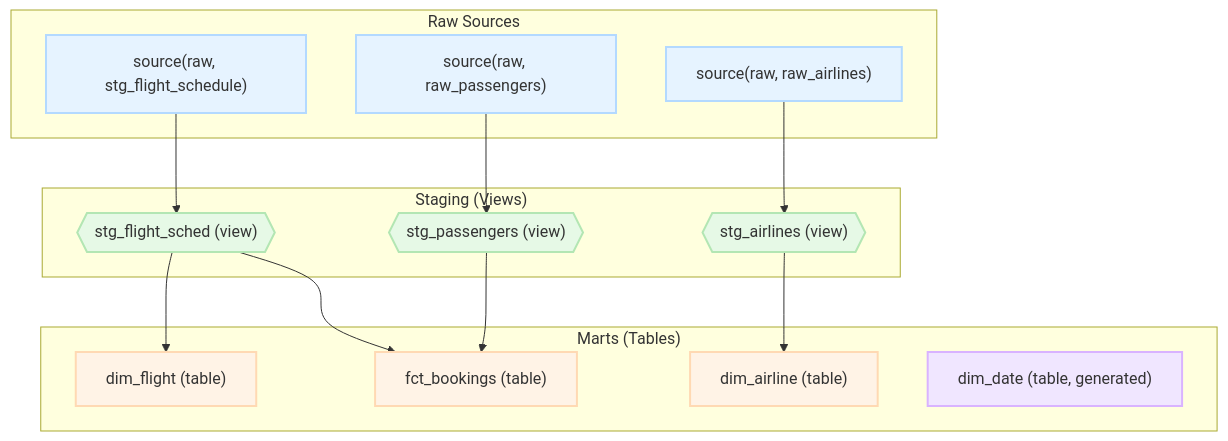
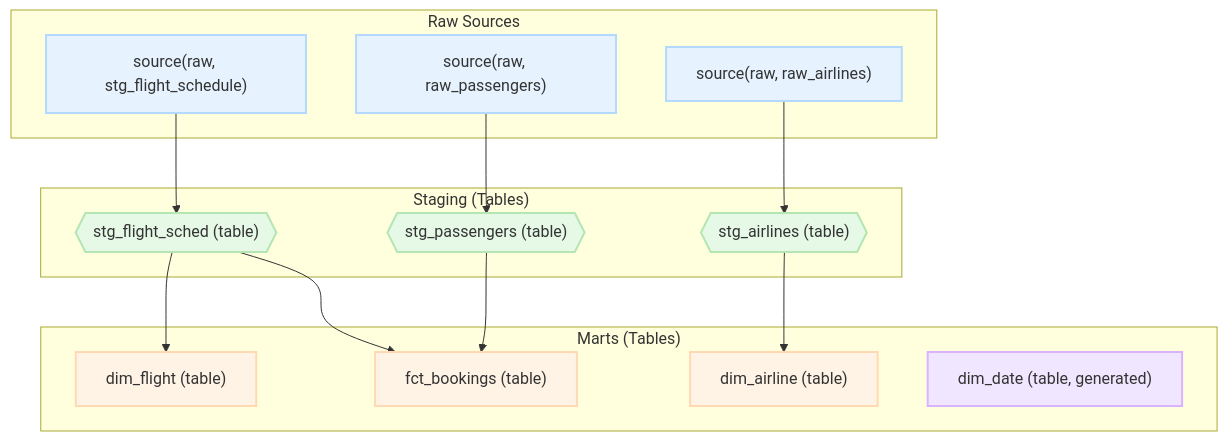
The diagram in README.md (limonias/Flights_Assignment3), drawn with Mermaid before and after one commit.

````diff
--- a/README.md
+++ b/README.md
@@ -46,47 +46,47 @@
 ```mermaid
 graph TD
     %% --- Node Styling ---
     classDef source fill:#E6F3FF,stroke:#B3D9FF,stroke-width:2px,color:#333
     classDef view fill:#E6F9E6,stroke:#B3E6B3,stroke-width:2px,color:#333
     classDef table fill:#FFF3E6,stroke:#FFD9B3,stroke-width:2px,color:#333
     classDef seed fill:#F0E6FF,stroke:#D9B3FF,stroke-width:2px,color:#333
 
     %% --- Layer 0: Sources ---
     subgraph "Raw Sources"
         src_flights["source(raw, stg_flight_schedule)"]
         src_passengers["source(raw, raw_passengers)"]
         src_airlines["source(raw, raw_airlines)"]
     end
 
-    %% --- Layer 1: Staging (Views) ---
-    subgraph "Staging (Views)"
-        stg_flight_sched{{"stg_flight_sched (view)"}}
-        stg_passengers{{"stg_passengers (view)"}}
-        stg_airlines{{"stg_airlines (view)"}}
+    %% --- Layer 1: Staging (Tables) ---
+    subgraph "Staging (Tables)"
+        stg_flight_sched{{"stg_flight_sched (table)"}}
+        stg_passengers{{"stg_passengers (table)"}}
+        stg_airlines{{"stg_airlines (table)"}}
     end
 
     %% --- Layer 2: Marts (Tables) ---
     subgraph "Marts (Tables)"
         dim_flight["dim_flight (table)"]
         dim_airline["dim_airline (table)"]
         fct_bookings["fct_bookings (table)"]
         dim_date["dim_date (table, generated)"]
     end
     
     %% --- Link Definitions ---
     src_flights --> stg_flight_sched
     src_passengers --> stg_passengers
     src_airlines --> stg_airlines
     
     stg_flight_sched --> dim_flight
     stg_airlines --> dim_airline
     
     stg_passengers --> fct_bookings
     stg_flight_sched --> fct_bookings
 
     %% --- Style Application ---
     class src_flights,src_passengers,src_airlines source
     class stg_flight_sched,stg_passengers,stg_airlines view
     class dim_flight,dim_airline,fct_bookings table
     class dim_date seed
 ```
````
